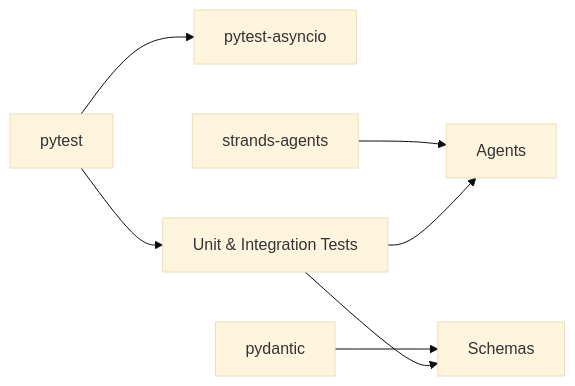
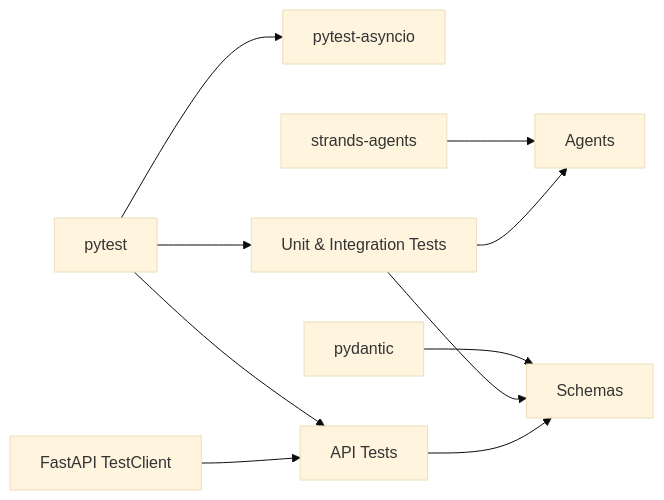
Diagram 14 of 14 in .qoder/repowiki/en/content/Testing Strategy/Testing Strategy.md (infamous-rebel/CareBridge), drawn with Mermaid (base theme) before and after one commit. The commit also changed other lines of this file and 12 other files, not shown here.

````diff
--- a/.qoder/repowiki/en/content/Testing Strategy/Testing Strategy.md
+++ b/.qoder/repowiki/en/content/Testing Strategy/Testing Strategy.md
@@ -316,9 +519,12 @@
 ```mermaid
 graph LR
 P["pytest"] --> PA["pytest-asyncio"]
 P --> T["Unit & Integration Tests"]
+P --> TA["API Tests"]
 SA["strands-agents"] --> A["Agents"]
 PD["pydantic"] --> S["Schemas"]
+FT["FastAPI TestClient"] --> TA
 T --> A
 T --> S
+TA --> S
 ```
````
